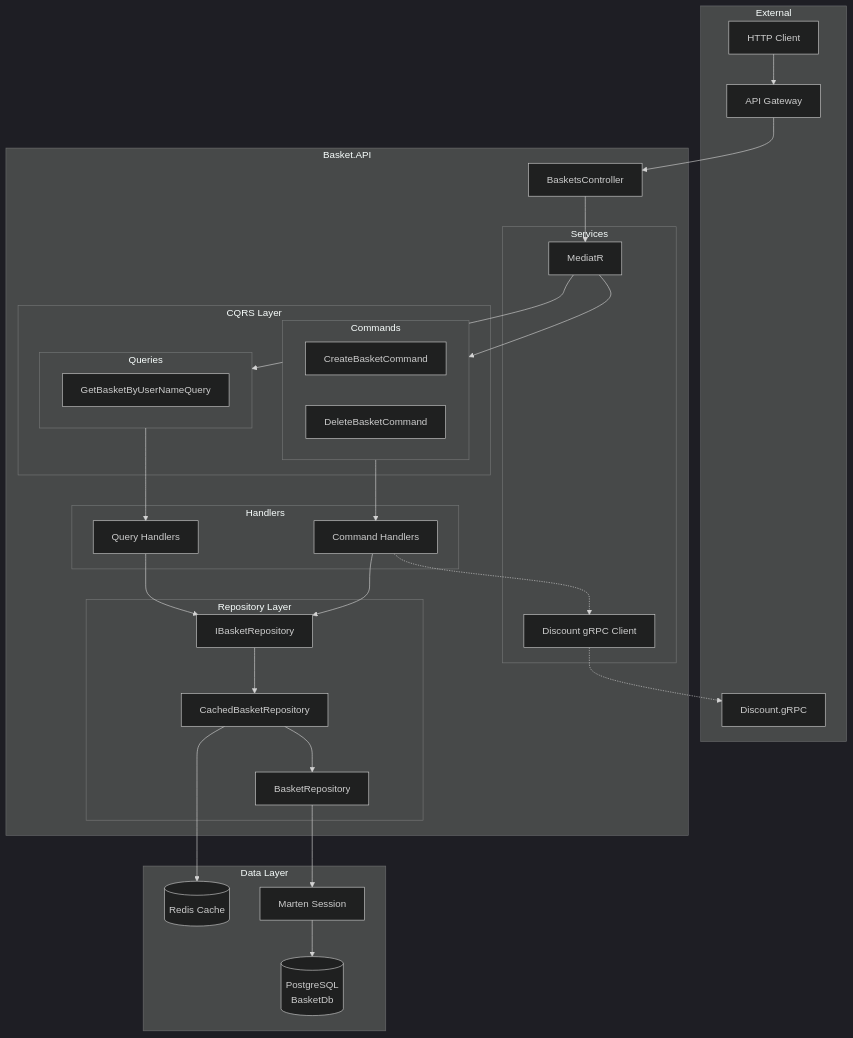
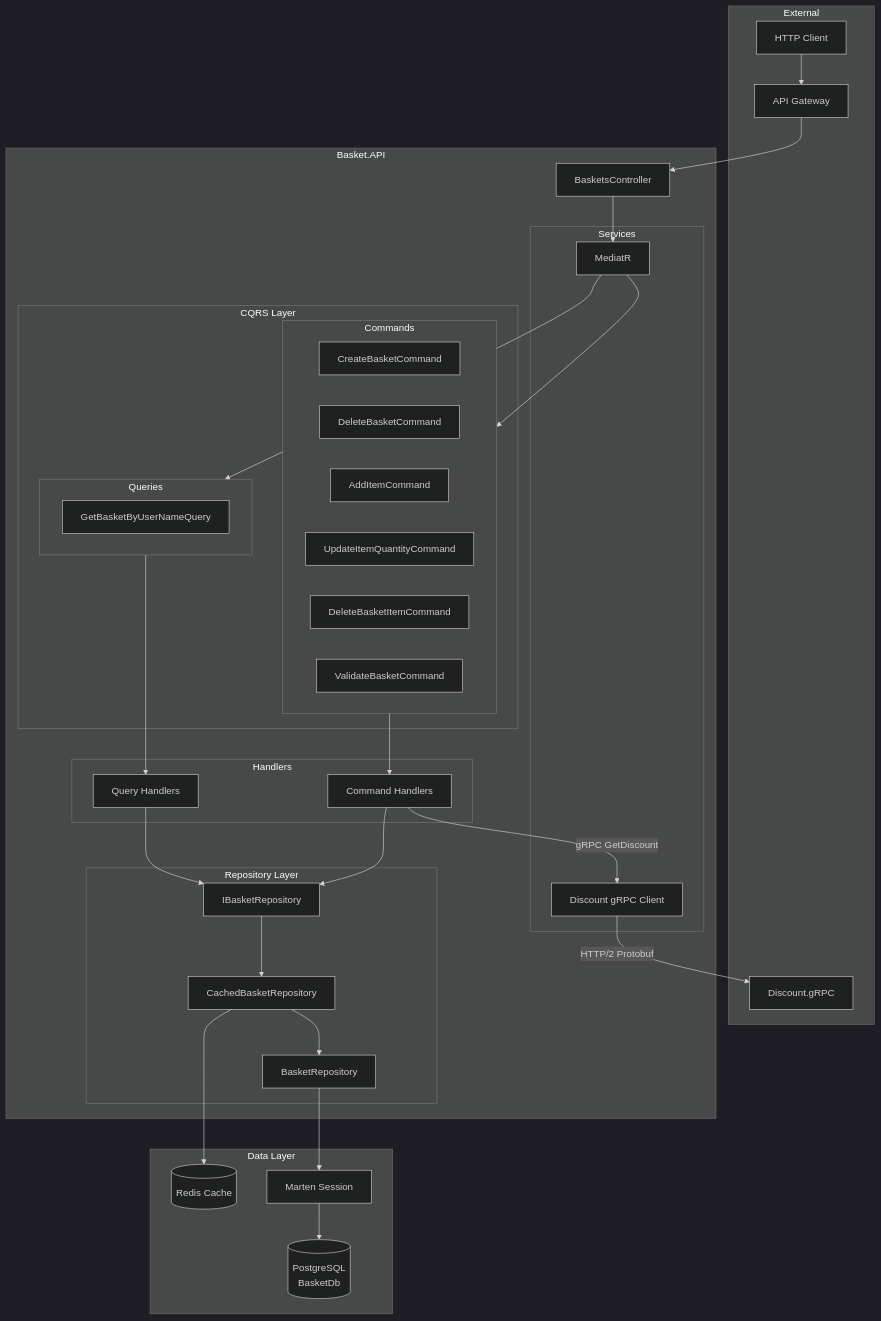
Before and after one commit to SafiaBeaumale/eshop-ynov: the first of 4 diagrams in docs/services/basket/components.md, drawn with Mermaid (dark theme). The commit also changed other lines of this file and 9 other files, not shown here.

````diff
--- a/docs/services/basket/components.md
+++ b/docs/services/basket/components.md
@@ -9,62 +9,66 @@
 ```mermaid
 flowchart TB
     subgraph external["External"]
         Client["HTTP Client"]
         Gateway["API Gateway"]
         DiscountSvc["Discount.gRPC"]
     end
 
     subgraph basket_api["Basket.API"]
         Controller["BasketsController"]
 
         subgraph cqrs["CQRS Layer"]
             subgraph commands["Commands"]
                 CreateCmd["CreateBasketCommand"]
                 DeleteCmd["DeleteBasketCommand"]
+                AddItemCmd["AddItemCommand"]
+                UpdateQtyCmd["UpdateItemQuantityCommand"]
+                DeleteItemCmd["DeleteBasketItemCommand"]
+                ValidateCmd["ValidateBasketCommand"]
             end
 
             subgraph queries["Queries"]
                 GetQry["GetBasketByUserNameQuery"]
             end
         end
 
         subgraph handlers["Handlers"]
             CmdHandlers["Command Handlers"]
             QryHandlers["Query Handlers"]
         end
 
         subgraph repository["Repository Layer"]
             IRepo["IBasketRepository"]
             CachedRepo["CachedBasketRepository"]
             BaseRepo["BasketRepository"]
         end
 
         subgraph services["Services"]
             Mediator["MediatR"]
             gRPCClient["Discount gRPC Client"]
         end
     end
 
     subgraph data["Data Layer"]
         Redis[("Redis Cache")]
         Marten["Marten Session"]
         PostgreSQL[("PostgreSQL<br/>BasketDb")]
     end
 
     Client --> Gateway
     Gateway --> Controller
     Controller --> Mediator
     Mediator --> commands
     Mediator --> queries
     commands --> CmdHandlers
     queries --> QryHandlers
     CmdHandlers --> IRepo
     QryHandlers --> IRepo
     IRepo --> CachedRepo
     CachedRepo --> Redis
     CachedRepo --> BaseRepo
     BaseRepo --> Marten
     Marten --> PostgreSQL
-    CmdHandlers -.-> gRPCClient
-    gRPCClient -.-> DiscountSvc
+    CmdHandlers -->|gRPC GetDiscount| gRPCClient
+    gRPCClient -->|HTTP/2 Protobuf| DiscountSvc
 ```
````
